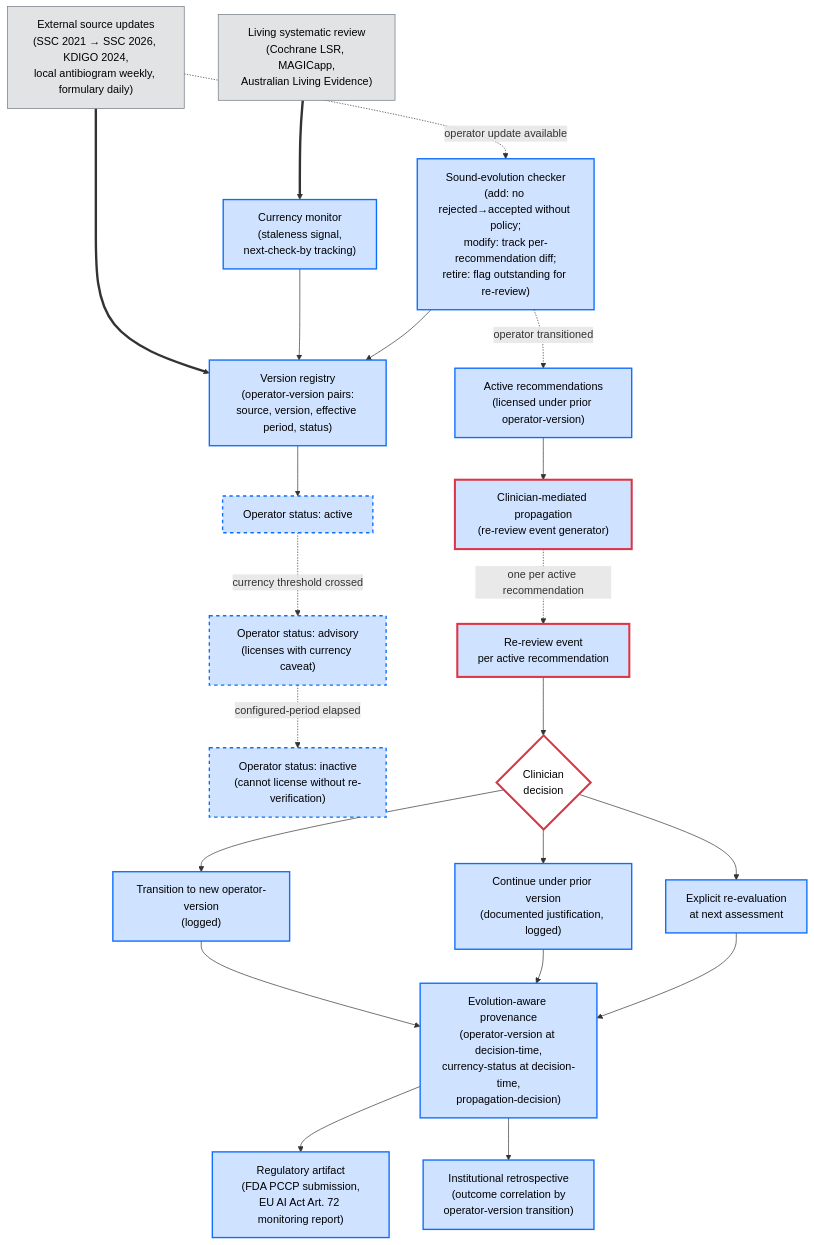
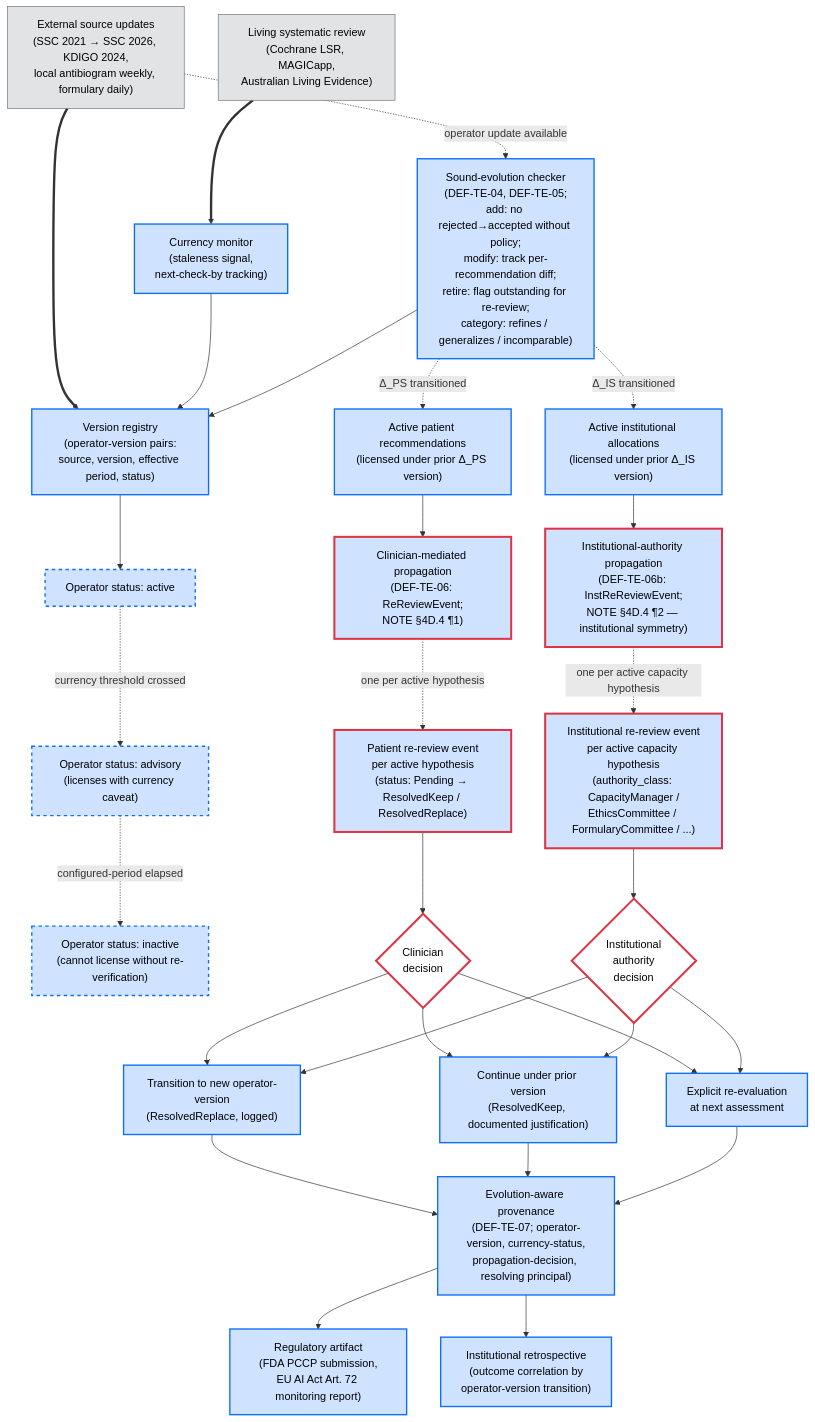
The fourth of 5 diagrams in ARCHITECTURE.md (SHA888/SFClinAI), drawn with Mermaid before and after one commit. The commit also changed other lines of this file, not shown here.

First line of the commit message:
Update ARCHITECTURE.md to v0.2.0-draft: re-anchor to SPEC.md v0.3.0

````diff
--- a/ARCHITECTURE.md
+++ b/ARCHITECTURE.md
@@ -334,18 +373,25 @@
     STATE_ADV["Operator status: advisory<br/>(licenses with currency caveat)"]
     STATE_INACT["Operator status: inactive<br/>(cannot license without re-verification)"]
 
-    SE["Sound-evolution checker<br/>(add: no rejected→accepted without policy;<br/>modify: track per-recommendation diff;<br/>retire: flag outstanding for re-review)"]
+    SE["Sound-evolution checker<br/>(DEF-TE-04, DEF-TE-05;<br/>add: no rejected→accepted without policy;<br/>modify: track per-recommendation diff;<br/>retire: flag outstanding for re-review;<br/>category: refines / generalizes / incomparable)"]
 
-    AR["Active recommendations<br/>(licensed under prior operator-version)"]
-    CMP["Clinician-mediated propagation<br/>(re-review event generator)"]
-    RR_EVT["Re-review event<br/>per active recommendation"]
+    AR_PAT["Active patient recommendations<br/>(licensed under prior Δ_PS version)"]
+    AR_INST["Active institutional allocations<br/>(licensed under prior Δ_IS version)"]
 
-    CHOICE{"Clinician<br/>decision"}
-    TRANS["Transition to new operator-version<br/>(logged)"]
-    CONT["Continue under prior version<br/>(documented justification, logged)"]
+    CMP_PAT["Clinician-mediated propagation<br/>(DEF-TE-06: ReReviewEvent;<br/>NOTE §4D.4 ¶1)"]
+    CMP_INST["Institutional-authority propagation<br/>(DEF-TE-06b: InstReReviewEvent;<br/>NOTE §4D.4 ¶2 — institutional symmetry)"]
+
+    RR_PAT["Patient re-review event<br/>per active hypothesis<br/>(status: Pending → ResolvedKeep / ResolvedReplace)"]
+    RR_INST["Institutional re-review event<br/>per active capacity hypothesis<br/>(authority_class: CapacityManager /<br/>EthicsCommittee / FormularyCommittee / ...)"]
+
+    CHOICE_PAT{"Clinician<br/>decision"}
+    CHOICE_INST{"Institutional<br/>authority<br/>decision"}
+
+    TRANS["Transition to new operator-version<br/>(ResolvedReplace, logged)"]
+    CONT["Continue under prior version<br/>(ResolvedKeep, documented justification)"]
     REEVAL["Explicit re-evaluation<br/>at next assessment"]
 
-    EAP["Evolution-aware provenance<br/>(operator-version at decision-time,<br/>currency-status at decision-time,<br/>propagation-decision)"]
+    EAP["Evolution-aware provenance<br/>(DEF-TE-07; operator-version, currency-status,<br/>propagation-decision, resolving principal)"]
 
     REG_OUT["Regulatory artifact<br/>(FDA PCCP submission,<br/>EU AI Act Art. 72 monitoring report)"]
     INST_LEARN["Institutional retrospective<br/>(outcome correlation by<br/>operator-version transition)"]
@@ -360,14 +406,24 @@
 
     SRC -. operator update available .-> SE
     SE --> VR
-    SE -. operator transitioned .-> AR
-    AR --> CMP
-    CMP -.one per active recommendation.-> RR_EVT
-    RR_EVT --> CHOICE
+    SE -. Δ_PS transitioned .-> AR_PAT
+    SE -. Δ_IS transitioned .-> AR_INST
 
-    CHOICE --> TRANS
-    CHOICE --> CONT
-    CHOICE --> REEVAL
+    AR_PAT --> CMP_PAT
+    AR_INST --> CMP_INST
+
+    CMP_PAT -.one per active hypothesis.-> RR_PAT
+    CMP_INST -.one per active capacity hypothesis.-> RR_INST
+
+    RR_PAT --> CHOICE_PAT
+    RR_INST --> CHOICE_INST
+
+    CHOICE_PAT --> TRANS
+    CHOICE_PAT --> CONT
+    CHOICE_PAT --> REEVAL
+    CHOICE_INST --> TRANS
+    CHOICE_INST --> CONT
+    CHOICE_INST --> REEVAL
 
     TRANS --> EAP
     CONT --> EAP
@@ -383,9 +439,9 @@
     classDef decision fill:#fff,stroke:#dc3545,stroke-width:3px,color:#000
 
     class SRC,LSR external
-    class VR,CC,SE,AR,EAP,REG_OUT,INST_LEARN substrate
+    class VR,CC,SE,AR_PAT,AR_INST,EAP,REG_OUT,INST_LEARN substrate
     class STATE_A,STATE_ADV,STATE_INACT state
-    class CMP,RR_EVT safetyGate
-    class CHOICE decision
+    class CMP_PAT,CMP_INST,RR_PAT,RR_INST safetyGate
+    class CHOICE_PAT,CHOICE_INST decision
     class TRANS,CONT,REEVAL substrate
 ```
````
